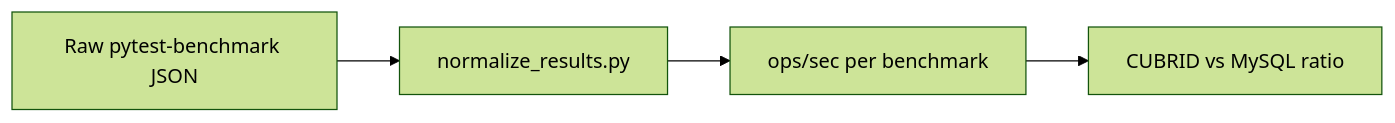
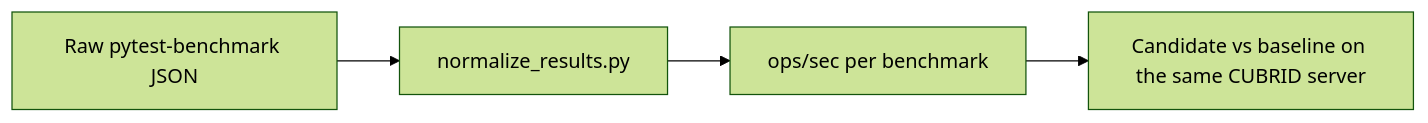
The second of 4 diagrams in docs/METHODOLOGY.md (cubrid-lab/cubrid-benchmark), drawn with Mermaid (forest theme) before and after one commit. The commit also changed other lines of this file and 11 other files, not shown here.

First line of the commit message:
docs(scope): update CUBRID Python benchmark identity and archive historical MySQL claims (#49)

````diff
--- a/docs/METHODOLOGY.md
+++ b/docs/METHODOLOGY.md
@@ -81,6 +81,6 @@
 ```mermaid
 flowchart LR
     Raw[Raw pytest-benchmark JSON] --> Normalize[normalize_results.py]
     Normalize --> Ops["ops/sec per benchmark"]
-    Ops --> Compare["CUBRID vs MySQL ratio"]
+    Ops --> Compare["Candidate vs baseline on the same CUBRID server"]
 ```
````
